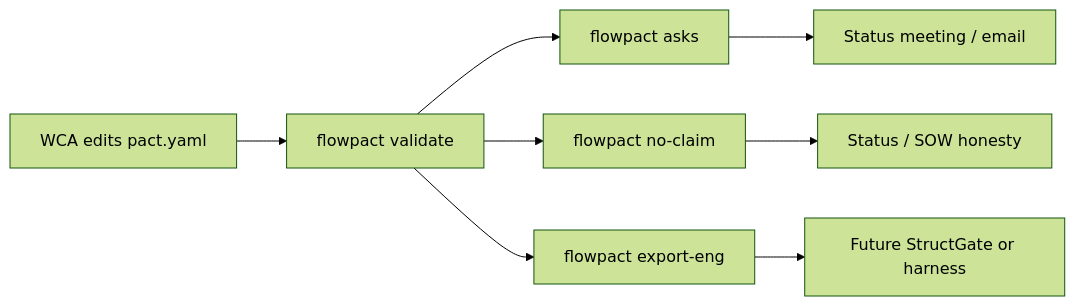
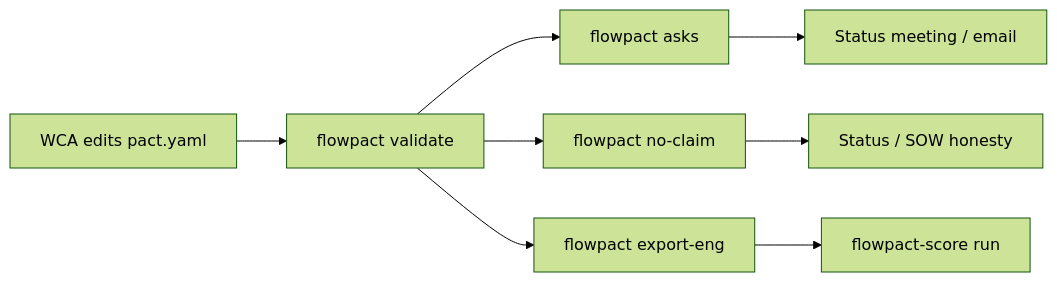
Before and after one commit to OmarFarooq908/flowpact: the diagram in docs/design/FLOWPACT_PLAN.md, drawn with Mermaid (forest theme). The commit also changed other lines of this file and 37 other files, not shown here.

Commit message:
Add optional flowpact-score execution layer Offline draft-vs-gold scoring behind flowpact[score], report schemas, and example gold/draft fixtures.

````diff
--- a/docs/design/FLOWPACT_PLAN.md
+++ b/docs/design/FLOWPACT_PLAN.md
@@ -125,15 +127,16 @@
 ```mermaid
 flowchart LR
   WCA[WCA edits pact.yaml]
   Val[flowpact validate]
   Asks[flowpact asks]
   NoClaim[flowpact no-claim]
   Eng[flowpact export-eng]
+  Score[flowpact-score run]
   WCA --> Val
   Val --> Asks
   Val --> NoClaim
   Val --> Eng
   Asks --> Meeting[Status meeting / email]
   NoClaim --> Status[Status / SOW honesty]
-  Eng --> Scorer[Future StructGate or harness]
+  Eng --> Score
 ```
````
